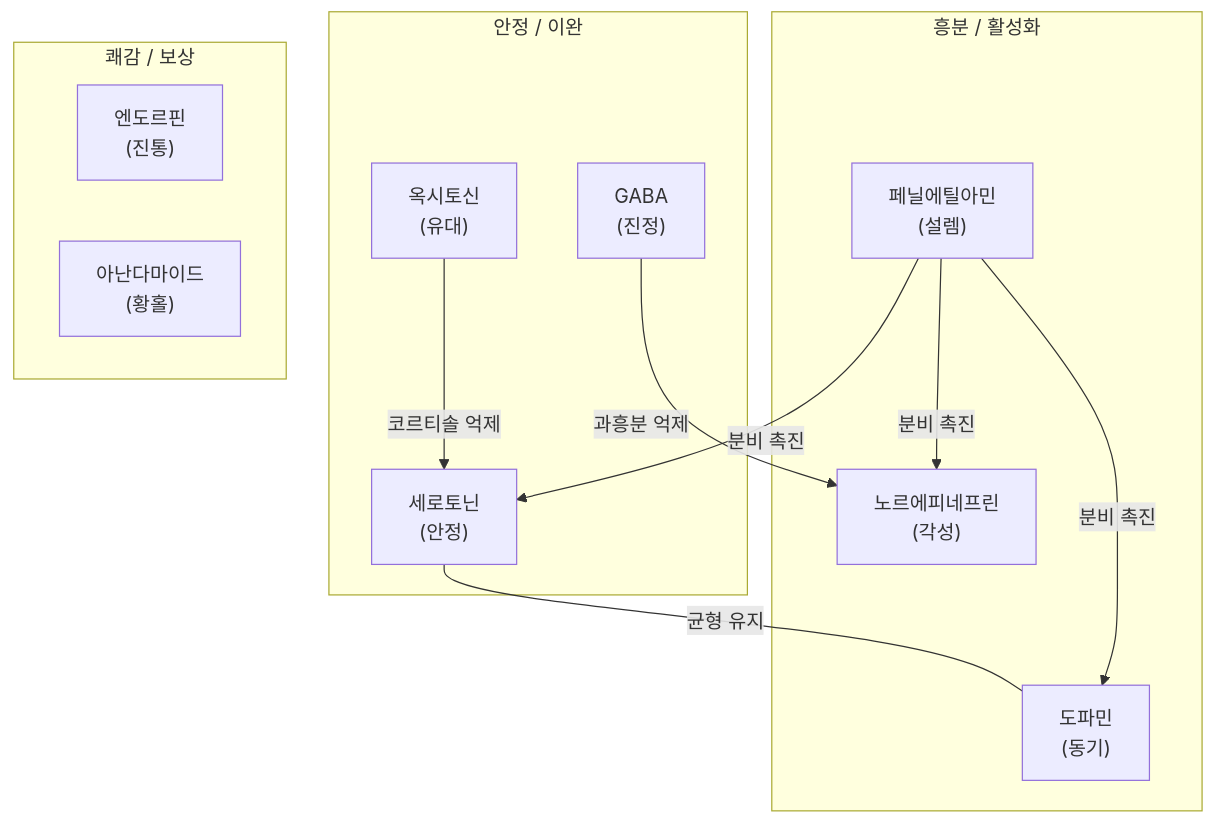
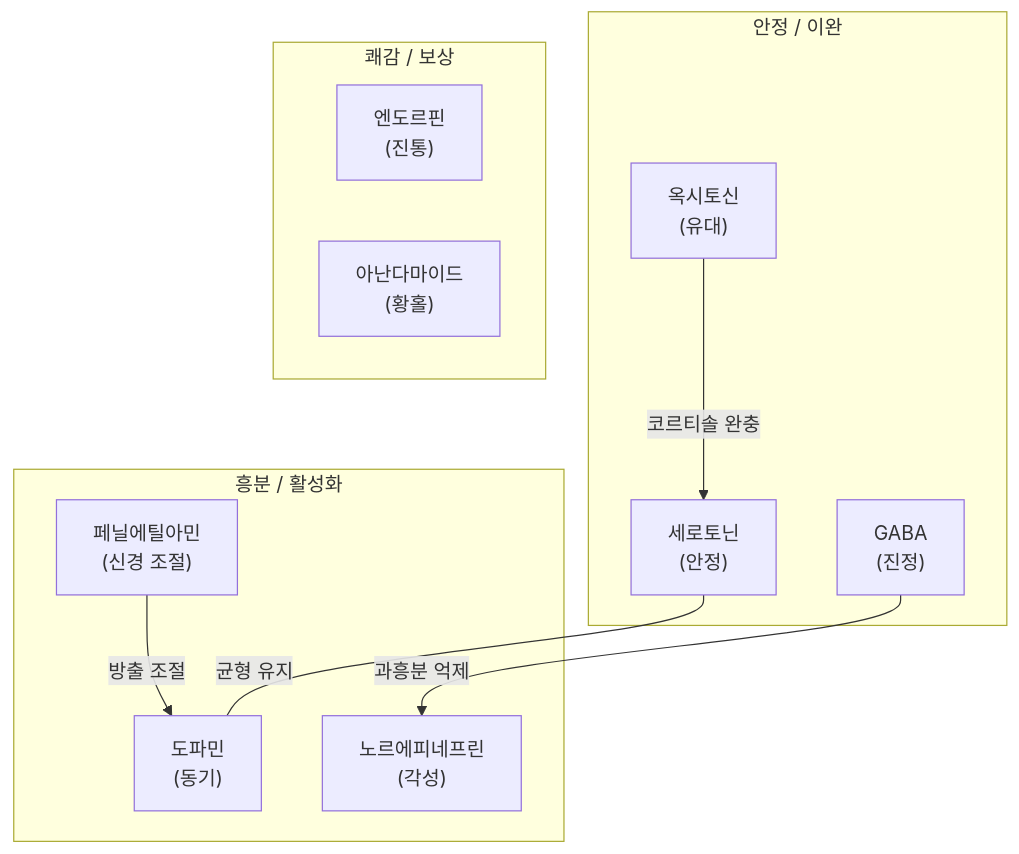
One commit to dss99911/dss99911.github.io changed the sixth of 9 diagrams in _posts/knowledge/health/2026-03-21-happiness-hormones-daily-routine.md. Above: the diagram before and after it, drawn with Mermaid. The commit also changed other lines of this file and 115 other files, not shown here.

````diff
--- a/_posts/knowledge/health/2026-03-21-happiness-hormones-daily-routine.md
+++ b/_posts/knowledge/health/2026-03-21-happiness-hormones-daily-routine.md
@@ -207,26 +207,24 @@
 ```mermaid
 flowchart TD
     subgraph 흥분계["흥분 / 활성화"]
         도파민["도파민<br/>#40;동기#41;"]
         노르에피네프린["노르에피네프린<br/>#40;각성#41;"]
-        PEA["페닐에틸아민<br/>#40;설렘#41;"]
+        PEA["페닐에틸아민<br/>#40;신경 조절#41;"]
     end
 
     subgraph 안정계["안정 / 이완"]
         세로토닌["세로토닌<br/>#40;안정#41;"]
         GABA["GABA<br/>#40;진정#41;"]
         옥시토신["옥시토신<br/>#40;유대#41;"]
     end
 
     subgraph 쾌감계["쾌감 / 보상"]
         엔도르핀["엔도르핀<br/>#40;진통#41;"]
         아난다마이드["아난다마이드<br/>#40;황홀#41;"]
     end
 
-    PEA -->|"분비 촉진"| 도파민
-    PEA -->|"분비 촉진"| 세로토닌
-    PEA -->|"분비 촉진"| 노르에피네프린
-    옥시토신 -->|"코르티솔 억제"| 세로토닌
+    PEA -->|"방출 조절"| 도파민
+    옥시토신 -->|"코르티솔 완충"| 세로토닌
     GABA -->|"과흥분 억제"| 노르에피네프린
     세로토닌 ---|"균형 유지"| 도파민
 ```
````
